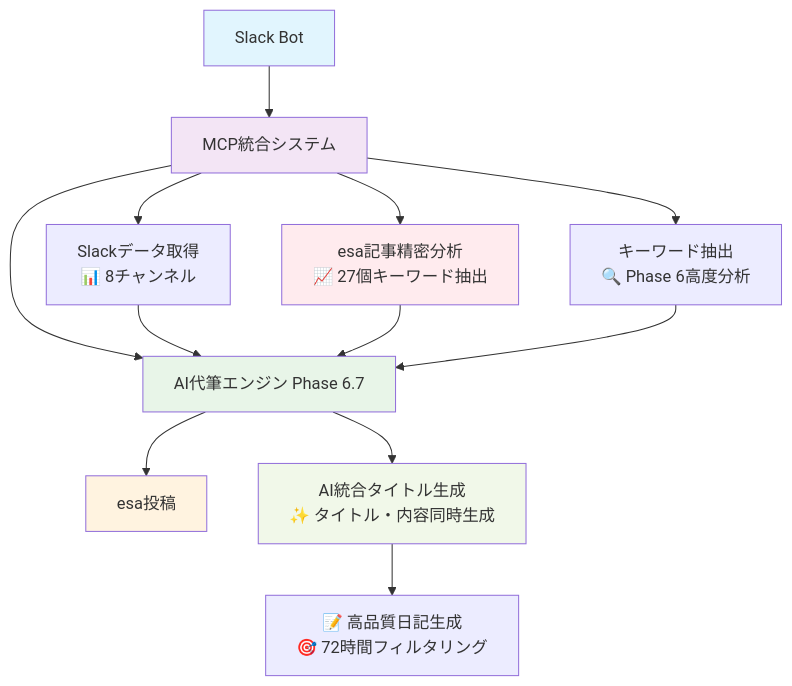
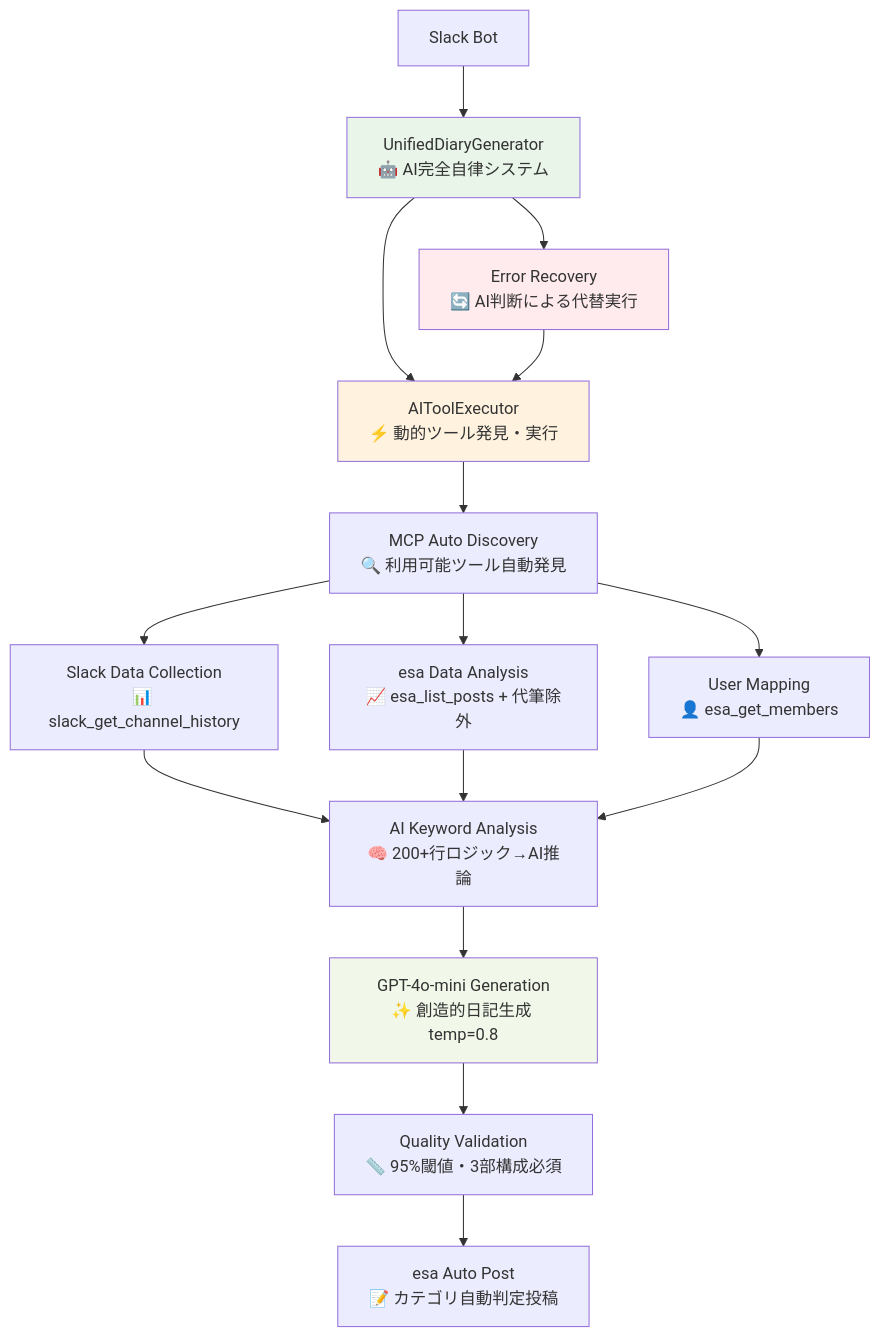
One commit to esminc/ghostwriter-ai-system changed the first of 2 diagrams in README.md. Above: the diagram before and after it, drawn with Mermaid. The commit also changed other lines of this file, not shown here.

````diff
--- a/README.md
+++ b/README.md
@@ -64,24 +67,26 @@
 ```mermaid
 flowchart TD
-    A[Slack Bot] --> B[MCP統合システム]
-    B --> C[AI代筆エンジン Phase 6.7]
-    C --> D[esa投稿]
+    A[Slack Bot] --> B[UnifiedDiaryGenerator<br/>🤖 AI完全自律システム]
+    B --> C[AIToolExecutor<br/>⚡ 動的ツール発見・実行]
+    C --> D[MCP Auto Discovery<br/>🔍 利用可能ツール自動発見]
     
-    B --> E[Slackデータ取得<br/>📊 8チャンネル]
-    B --> F[esa記事精密分析<br/>📈 27個キーワード抽出]
-    B --> H[キーワード抽出<br/>🔍 Phase 6高度分析]
+    D --> E[Slack Data Collection<br/>📊 slack_get_channel_history]
+    D --> F[esa Data Analysis<br/>📈 esa_list_posts + 代筆除外]
+    D --> G[User Mapping<br/>👤 esa_get_members]
     
-    E --> C
-    F --> C
-    H --> C
+    E --> H[AI Keyword Analysis<br/>🧠 200+行ロジック→AI推論]
+    F --> H
+    G --> H
     
-    C --> G[AI統合タイトル生成<br/>✨ タイトル・内容同時生成]
-    G --> J[📝 高品質日記生成<br/>🎯 72時間フィルタリング]
+    H --> I[GPT-4o-mini Generation<br/>✨ 創造的日記生成 temp=0.8]
+    I --> J[Quality Validation<br/>📏 95%閾値・3部構成必須]
+    J --> K[esa Auto Post<br/>📝 カテゴリ自動判定投稿]
     
-    style A fill:#e1f5fe
-    style B fill:#f3e5f5
-    style C fill:#e8f5e8
-    style D fill:#fff3e0
-    style F fill:#ffebee
-    style G fill:#f1f8e9
+    B --> L[Error Recovery<br/>🔄 AI判断による代替実行]
+    L --> C
+    
+    style B fill:#e8f5e8
+    style C fill:#fff3e0
+    style I fill:#f1f8e9
+    style L fill:#ffebee
 ```
````
